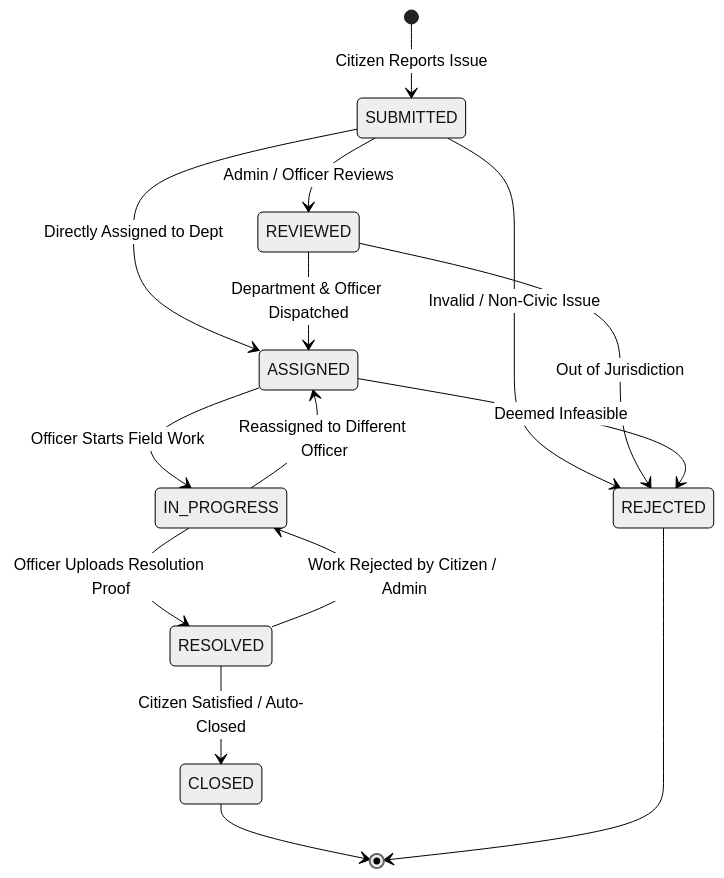
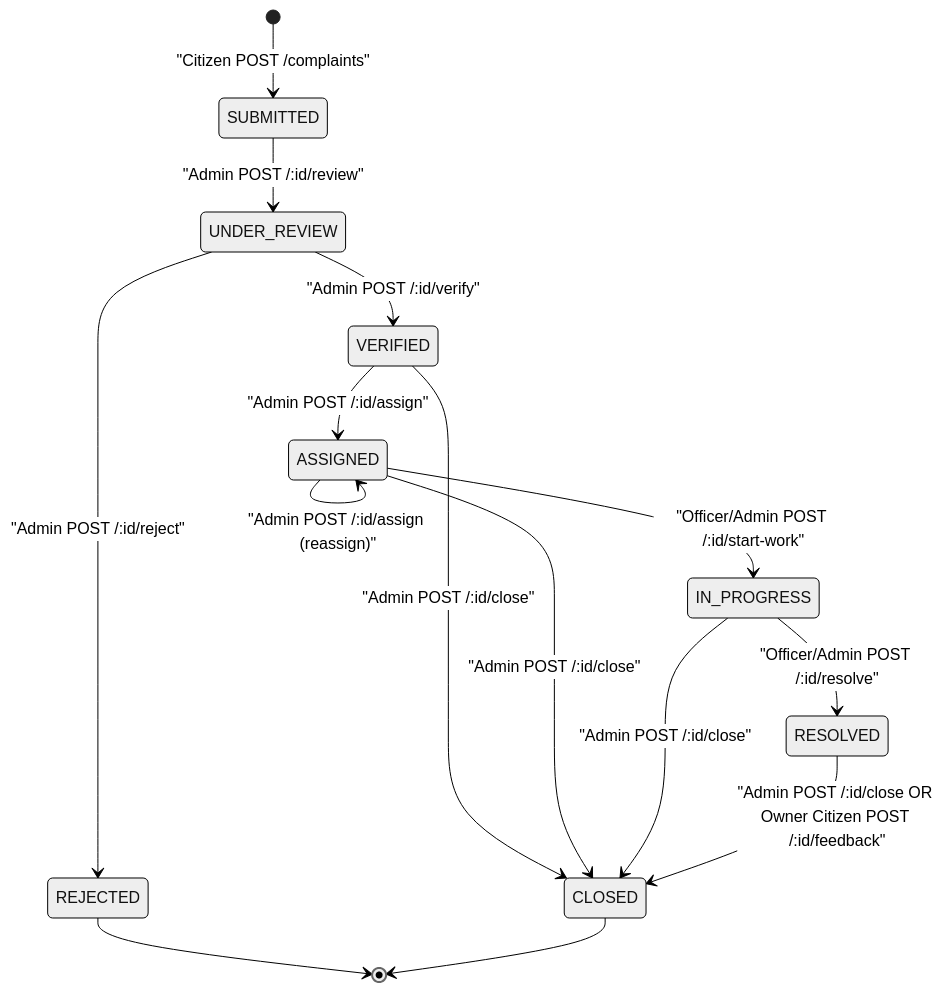
The second of 3 diagrams in docs/ARCHITECTURE.md (alokprasad573/CivicTrack), drawn with Mermaid (neutral theme) before and after one commit. The commit also changed other lines of this file and 8 other files, not shown here.

Commit message:
Refactor documentation for CivicTrack: Update FEATURES.md, QUICKSTART.md, and TECH_STACK.md for clarity and consistency; enhance feature descriptions, environment variable details, and architectural decision records.

````diff
--- a/docs/ARCHITECTURE.md
+++ b/docs/ARCHITECTURE.md
@@ -155,23 +97,21 @@
 ```mermaid
 stateDiagram-v2
-    [*] --> SUBMITTED : Citizen Reports Issue
+    [*] --> SUBMITTED : "Citizen POST /complaints"
+    SUBMITTED --> UNDER_REVIEW : "Admin POST /:id/review"
+    UNDER_REVIEW --> VERIFIED : "Admin POST /:id/verify"
+    UNDER_REVIEW --> REJECTED : "Admin POST /:id/reject"
 
-    SUBMITTED --> REVIEWED : Admin / Officer Reviews
-    SUBMITTED --> REJECTED : Invalid / Non-Civic Issue
-    SUBMITTED --> ASSIGNED : Directly Assigned to Dept
+    VERIFIED --> ASSIGNED : "Admin POST /:id/assign"
+    VERIFIED --> CLOSED : "Admin POST /:id/close"
 
-    REVIEWED --> ASSIGNED : Department & Officer Dispatched
-    REVIEWED --> REJECTED : Out of Jurisdiction
+    ASSIGNED --> ASSIGNED : "Admin POST /:id/assign (reassign)"
+    ASSIGNED --> IN_PROGRESS : "Officer/Admin POST /:id/start-work"
+    ASSIGNED --> CLOSED : "Admin POST /:id/close"
 
-    ASSIGNED --> IN_PROGRESS : Officer Starts Field Work
-    ASSIGNED --> REJECTED : Deemed Infeasible
+    IN_PROGRESS --> RESOLVED : "Officer/Admin POST /:id/resolve"
+    IN_PROGRESS --> CLOSED : "Admin POST /:id/close"
 
-    IN_PROGRESS --> RESOLVED : Officer Uploads Resolution Proof
-    IN_PROGRESS --> ASSIGNED : Reassigned to Different Officer
-
-    RESOLVED --> CLOSED : Citizen Satisfied / Auto-Closed
-    RESOLVED --> IN_PROGRESS : Work Rejected by Citizen / Admin
-
+    RESOLVED --> CLOSED : "Admin POST /:id/close OR Owner Citizen POST /:id/feedback"
+    REJECTED --> [*]
     CLOSED --> [*]
-    REJECTED --> [*]
 ```
````
